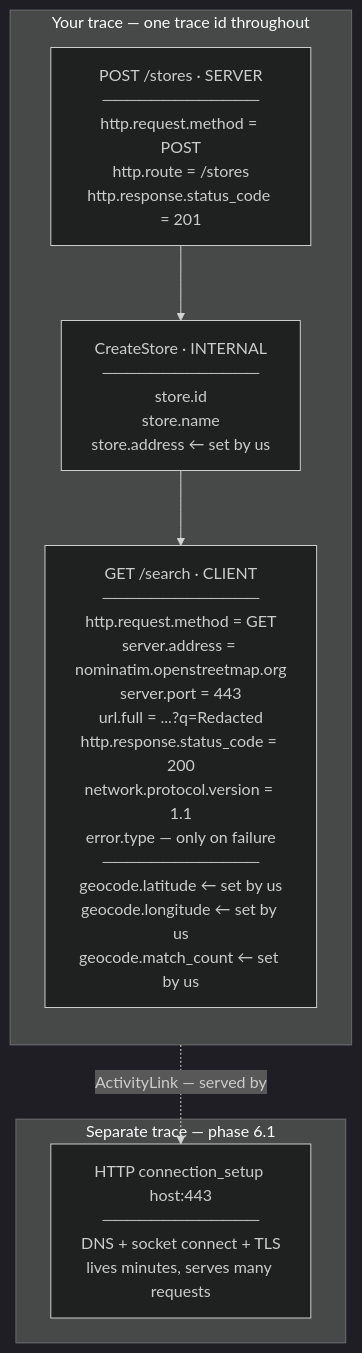
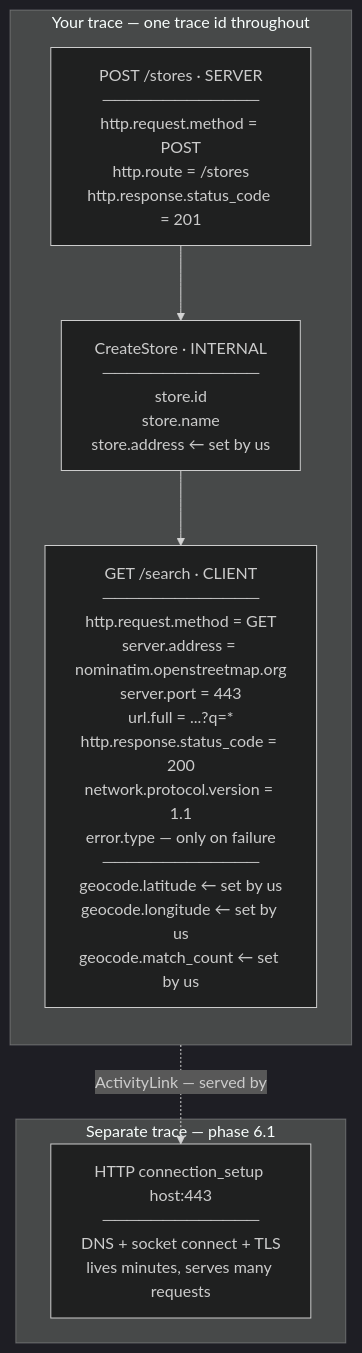
One commit to irfaniskandar-23/opentelemetry changed the second of 3 diagrams in docs/phase-6-network-hop.md. Above: the diagram before and after it, drawn with Mermaid (dark theme). The commit also changed other lines of this file, not shown here.

````diff
--- a/docs/phase-6-network-hop.md
+++ b/docs/phase-6-network-hop.md
@@ -74,19 +74,19 @@
 ```mermaid
 flowchart TD
     subgraph T1["Your trace — one trace id throughout"]
         direction TB
         A["POST /stores · SERVER<br/>─────────────<br/>http.request.method = POST<br/>http.route = /stores<br/>http.response.status_code = 201"]
 
         B["CreateStore · INTERNAL<br/>─────────────<br/>store.id<br/>store.name<br/>store.address ← set by us"]
 
-        C["GET /search · CLIENT<br/>─────────────<br/>http.request.method = GET<br/>server.address = nominatim.openstreetmap.org<br/>server.port = 443<br/>url.full = ...?q=Redacted<br/>http.response.status_code = 200<br/>network.protocol.version = 1.1<br/>error.type — only on failure<br/>─────────────<br/>geocode.latitude ← set by us<br/>geocode.longitude ← set by us<br/>geocode.match_count ← set by us"]
+        C["GET /search · CLIENT<br/>─────────────<br/>http.request.method = GET<br/>server.address = nominatim.openstreetmap.org<br/>server.port = 443<br/>url.full = ...?q=*<br/>http.response.status_code = 200<br/>network.protocol.version = 1.1<br/>error.type — only on failure<br/>─────────────<br/>geocode.latitude ← set by us<br/>geocode.longitude ← set by us<br/>geocode.match_count ← set by us"]
 
         A --> B --> C
     end
 
     subgraph T2["Separate trace — phase 6.1"]
         D["HTTP connection_setup host:443<br/>─────────────<br/>DNS + socket connect + TLS<br/>lives minutes, serves many requests"]
     end
 
     C -. "ActivityLink — served by" .-> D
 ```
````
